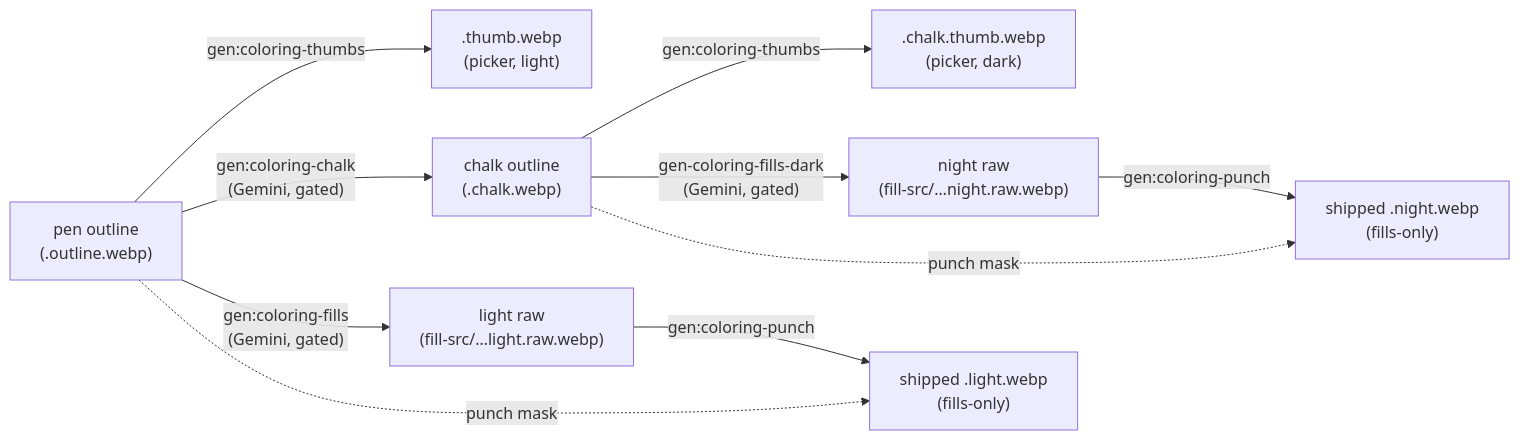
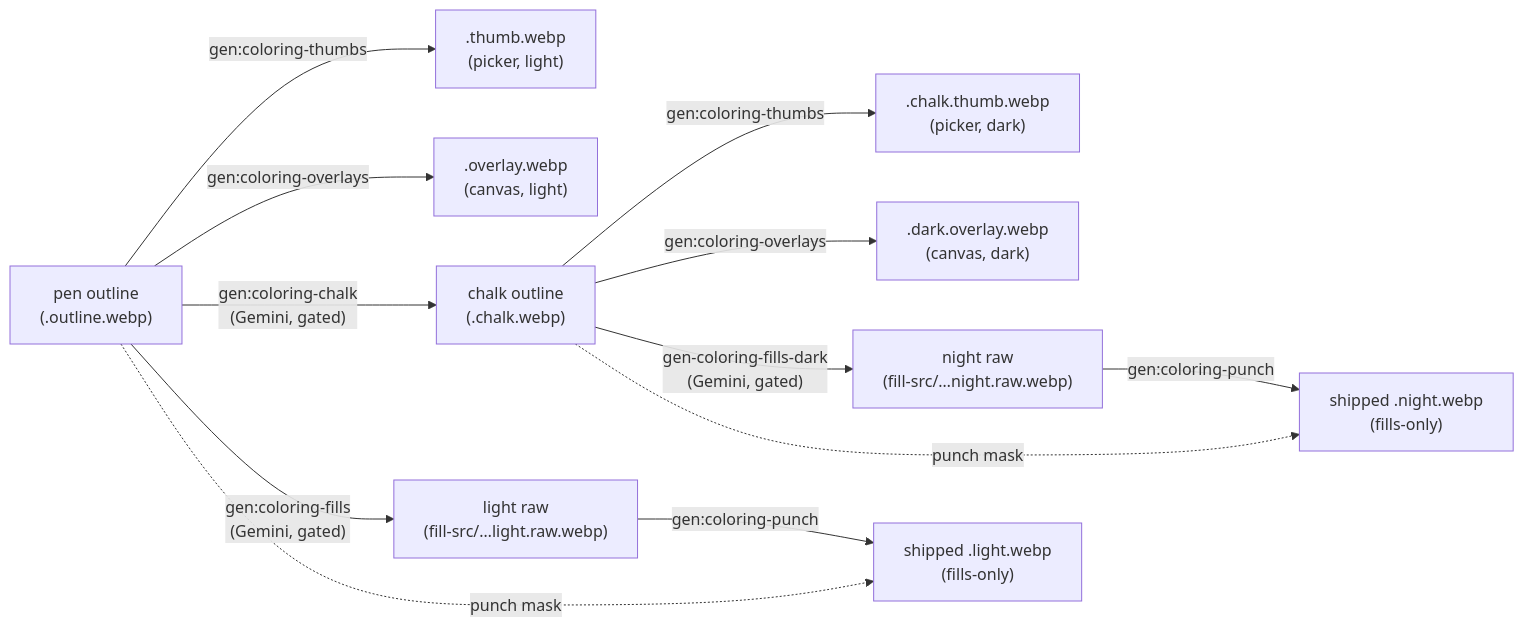
One commit to KyleMit/Splotch changed the diagram in tools/asset-gen/docs/pipeline.md. Above: the diagram before and after it, drawn with Mermaid. The commit also changed other lines of this file and 228 other files, not shown here.

````diff
--- a/tools/asset-gen/docs/pipeline.md
+++ b/tools/asset-gen/docs/pipeline.md
@@ -19,12 +20,14 @@
 ```mermaid
 flowchart LR
     O["pen outline<br/>(.outline.webp)"] -->|gen:coloring-thumbs| T[".thumb.webp<br/>(picker, light)"]
+    O -->|gen:coloring-overlays| PO[".overlay.webp<br/>(canvas, light)"]
     O -->|"gen:coloring-chalk<br/>(Gemini, gated)"| C["chalk outline<br/>(.chalk.webp)"]
     C -->|gen:coloring-thumbs| CT[".chalk.thumb.webp<br/>(picker, dark)"]
+    C -->|gen:coloring-overlays| CO[".dark.overlay.webp<br/>(canvas, dark)"]
     O -->|"gen:coloring-fills<br/>(Gemini, gated)"| LR2["light raw<br/>(fill-src/…light.raw.webp)"]
     C -->|"gen-coloring-fills-dark<br/>(Gemini, gated)"| NR["night raw<br/>(fill-src/…night.raw.webp)"]
     LR2 -->|gen:coloring-punch| LS["shipped .light.webp<br/>(fills-only)"]
     NR -->|gen:coloring-punch| NS["shipped .night.webp<br/>(fills-only)"]
     O -.->|"punch mask"| LS
     C -.->|"punch mask"| NS
 ```
````
